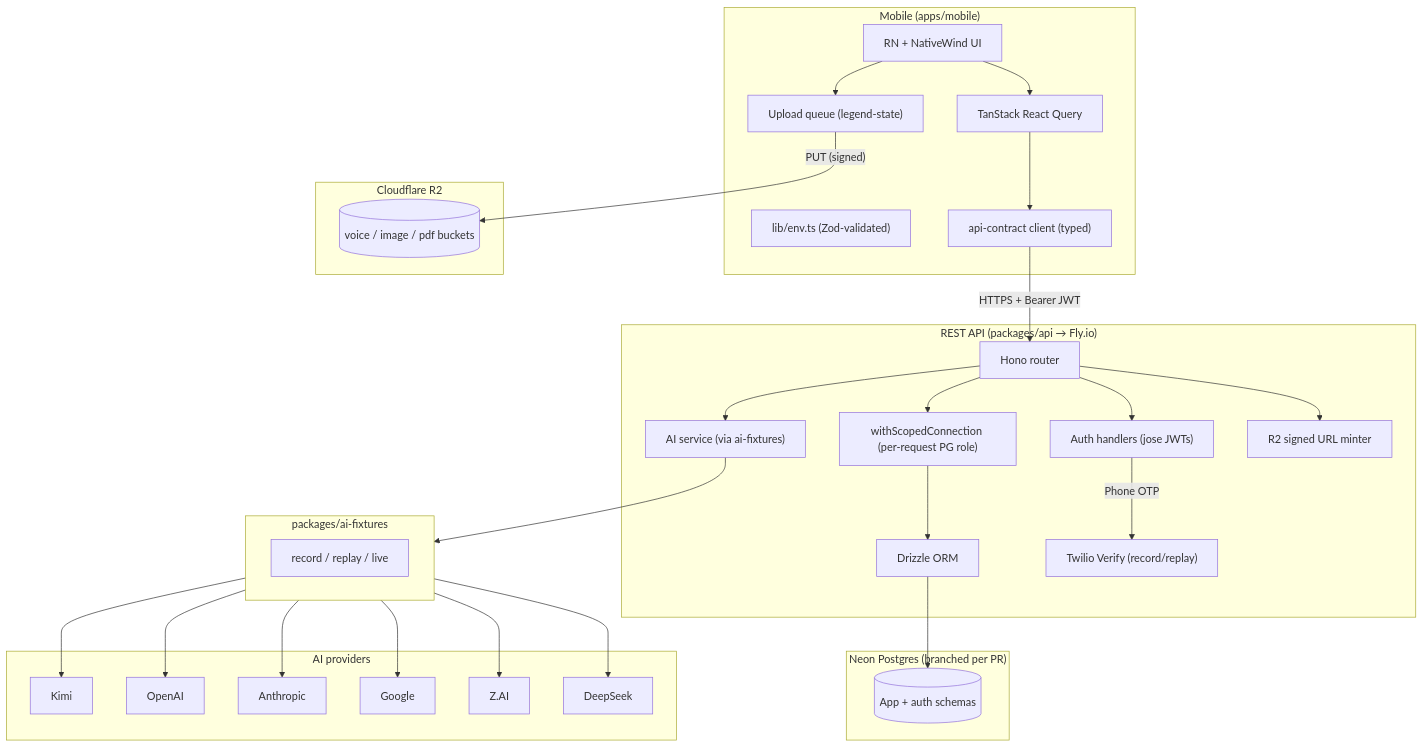
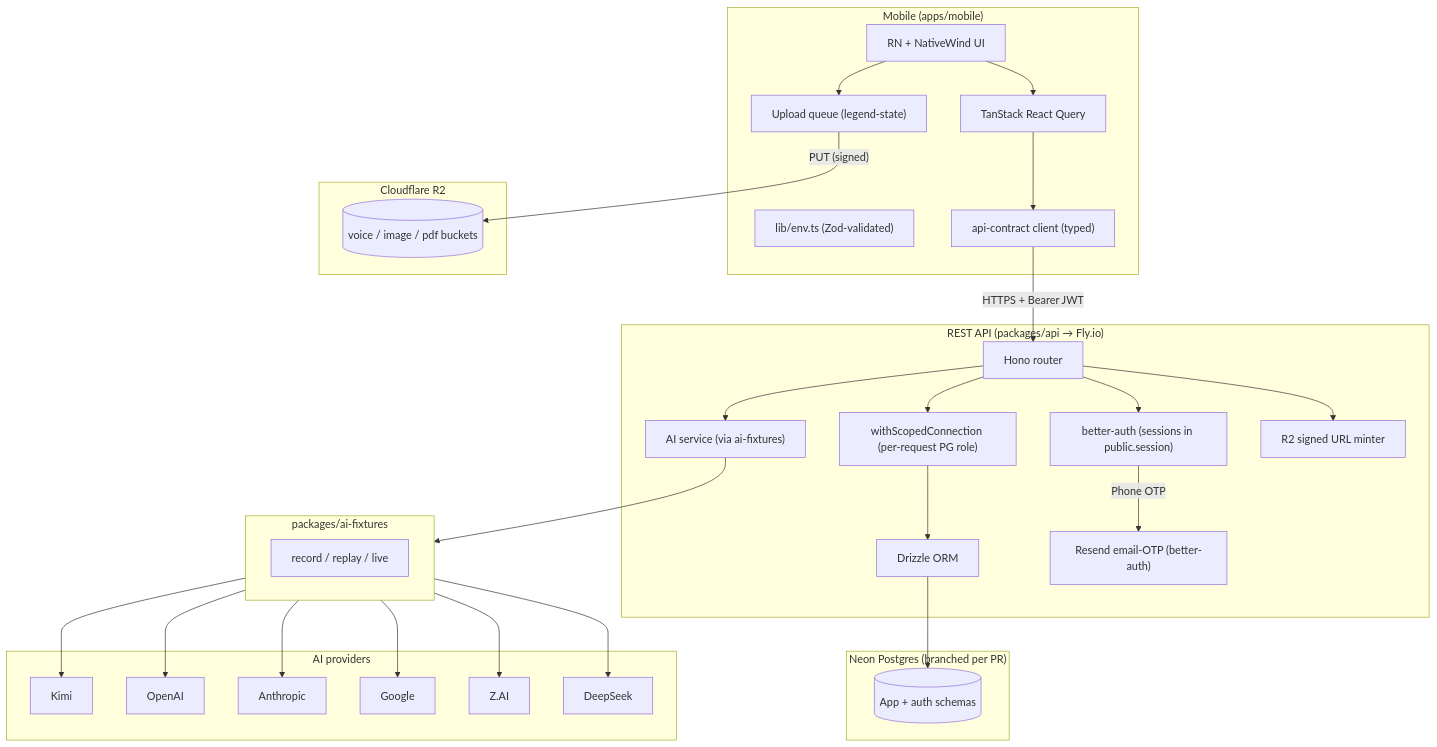
One commit to patrickchin/harpa-pro changed the diagram in docs/v4/architecture.md. Above: the diagram before and after it, drawn with Mermaid. The commit also changed other lines of this file and 16 other files, not shown here.

First line of the commit message:
docs(v4): sweep auth docs to better-auth email-OTP

````diff
--- a/docs/v4/architecture.md
+++ b/docs/v4/architecture.md
@@ -24,51 +24,51 @@
 ```mermaid
 flowchart TB
     subgraph Mobile["Mobile (apps/mobile)"]
         UI["RN + NativeWind UI"]
         RQ["TanStack React Query"]
         QUEUE["Upload queue (legend-state)"]
         ENV["lib/env.ts (Zod-validated)"]
         APIC["api-contract client (typed)"]
     end
 
     subgraph API["REST API (packages/api → Fly.io)"]
         HONO["Hono router"]
         SCOPE["withScopedConnection (per-request PG role)"]
-        BA["Auth handlers (jose JWTs)"]
+        BA["better-auth (sessions in public.session)"]
         DRIZZLE["Drizzle ORM"]
         AISVC["AI service (via ai-fixtures)"]
-        OTP["Twilio Verify (record/replay)"]
+        OTP["Resend email-OTP (better-auth)"]
         R2SIGN["R2 signed URL minter"]
     end
 
     subgraph Neon["Neon Postgres (branched per PR)"]
         PG[("App + auth schemas")]
     end
 
     subgraph R2["Cloudflare R2"]
         FILES[("voice / image / pdf buckets")]
     end
 
     subgraph AI["AI providers"]
         K[Kimi]
         OAI[OpenAI]
         ANT[Anthropic]
         G[Google]
         ZAI[Z.AI]
         DS[DeepSeek]
     end
 
     subgraph FIX["packages/ai-fixtures"]
         REC["record / replay / live"]
     end
 
     UI --> RQ --> APIC
     UI --> QUEUE
     APIC -- "HTTPS + Bearer JWT" --> HONO
     QUEUE -- "PUT (signed)" --> FILES
     HONO --> BA
     HONO --> SCOPE --> DRIZZLE --> PG
     HONO --> AISVC --> FIX --> K & OAI & ANT & G & ZAI & DS
     HONO --> R2SIGN
     BA -- "Phone OTP" --> OTP
 ```
````
